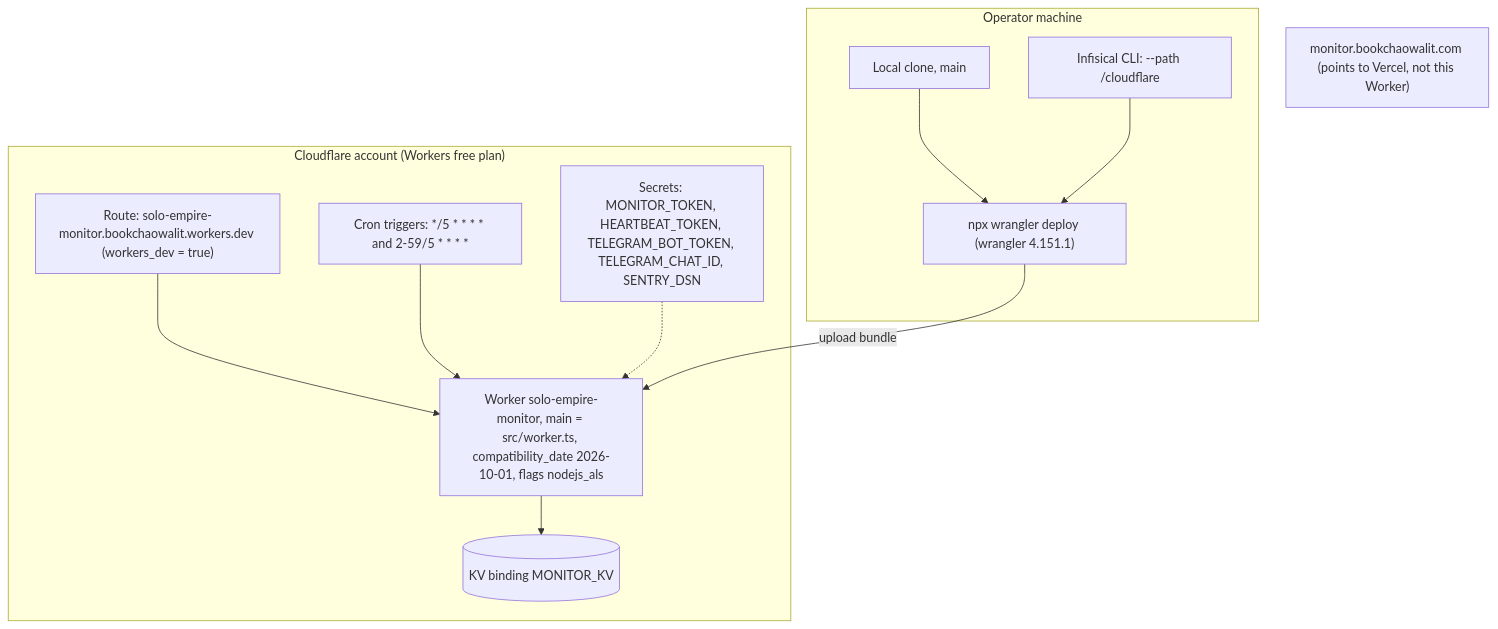
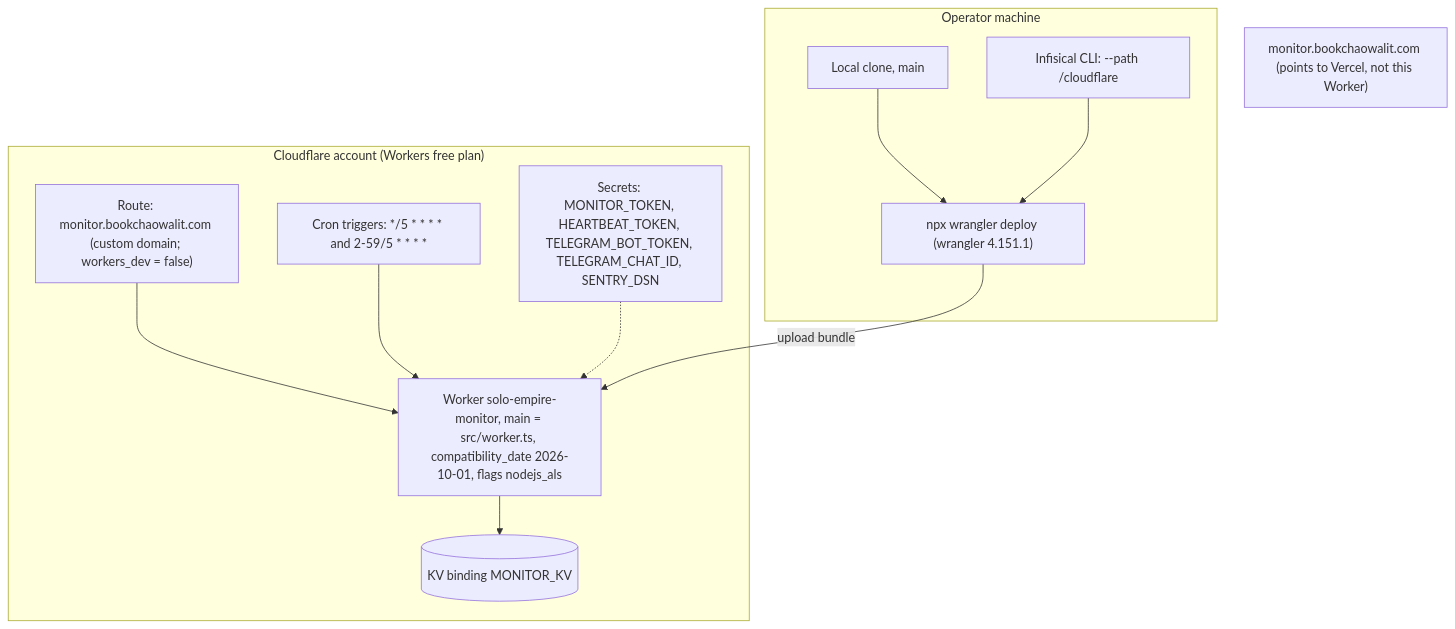
The diagram in docs/diagrams/16-deployment.md (bookchaowalit/platform-uptime-worker), drawn with Mermaid before and after one commit. The commit also changed other lines of this file and 4 other files, not shown here.

First line of the commit message:
Serve the monitor only on monitor.bookchaowalit.com

````diff
--- a/docs/diagrams/16-deployment.md
+++ b/docs/diagrams/16-deployment.md
@@ -3,23 +3,23 @@
 ```mermaid
 flowchart TB
     subgraph Dev["Operator machine"]
         CL["Local clone, main"]
         INF["Infisical CLI: --path /cloudflare"]
         WR["npx wrangler deploy (wrangler 4.151.1)"]
         CL --> WR
         INF --> WR
     end
     subgraph CF["Cloudflare account (Workers free plan)"]
         WK["Worker solo-empire-monitor, main = src/worker.ts, compatibility_date 2026-10-01, flags nodejs_als"]
-        RT["Route: solo-empire-monitor.bookchaowalit.workers.dev (workers_dev = true)"]
+        RT["Route: monitor.bookchaowalit.com (custom domain; workers_dev = false)"]
         TR["Cron triggers: */5 * * * * and 2-59/5 * * * *"]
         KV[("KV binding MONITOR_KV")]
         SC["Secrets: MONITOR_TOKEN, HEARTBEAT_TOKEN, TELEGRAM_BOT_TOKEN, TELEGRAM_CHAT_ID, SENTRY_DSN"]
         RT --> WK
         TR --> WK
         WK --> KV
         SC -.-> WK
     end
     WR -- "upload bundle" --> WK
     VC["monitor.bookchaowalit.com (points to Vercel, not this Worker)"]
 ```
````
